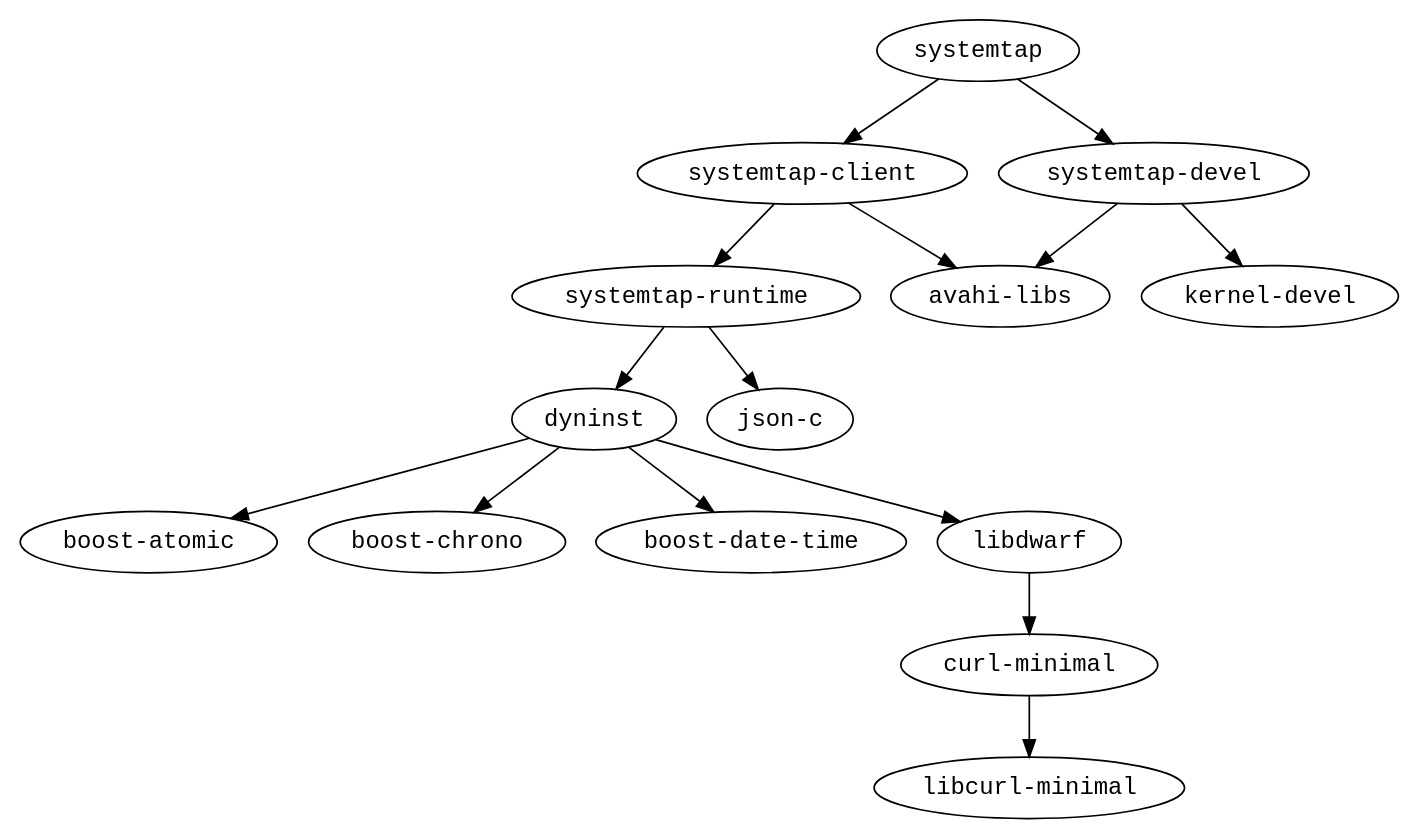
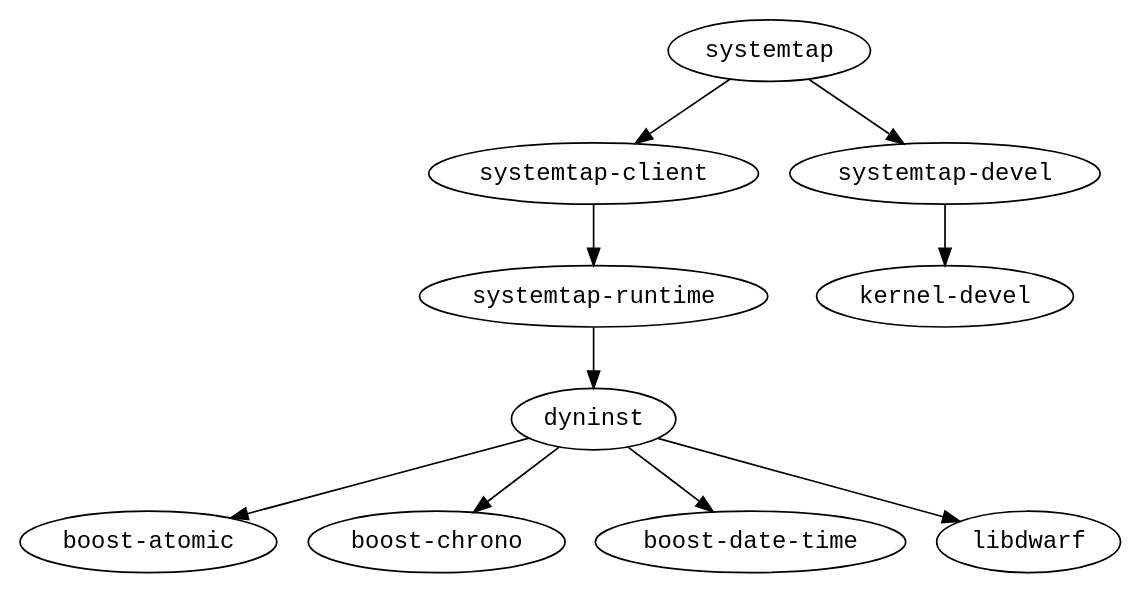
Before and after one commit to fedora-modularity/dependency-report: the diagram in modules/systemtap/x86_64/graph.dot, drawn with Graphviz. The commit also changed 1198 other files, not shown here.

```diff
--- a/modules/systemtap/x86_64/graph.dot
+++ b/modules/systemtap/x86_64/graph.dot
@@ -1,17 +1,12 @@
 strict digraph G {
 node [fontname=monospace];
-  "curl-minimal" -> "libcurl-minimal";
   "dyninst" -> "boost-atomic";
   "dyninst" -> "boost-chrono";
   "dyninst" -> "boost-date-time";
   "dyninst" -> "libdwarf";
-  "libdwarf" -> "curl-minimal";
-  "systemtap-client" -> "avahi-libs";
   "systemtap-client" -> "systemtap-runtime";
-  "systemtap-devel" -> "avahi-libs";
   "systemtap-devel" -> "kernel-devel";
   "systemtap-runtime" -> "dyninst";
-  "systemtap-runtime" -> "json-c";
   "systemtap" -> "systemtap-client";
   "systemtap" -> "systemtap-devel";
 }
```
